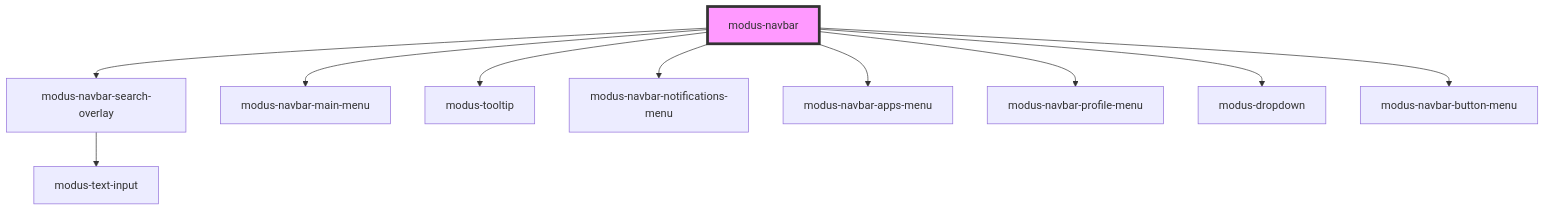
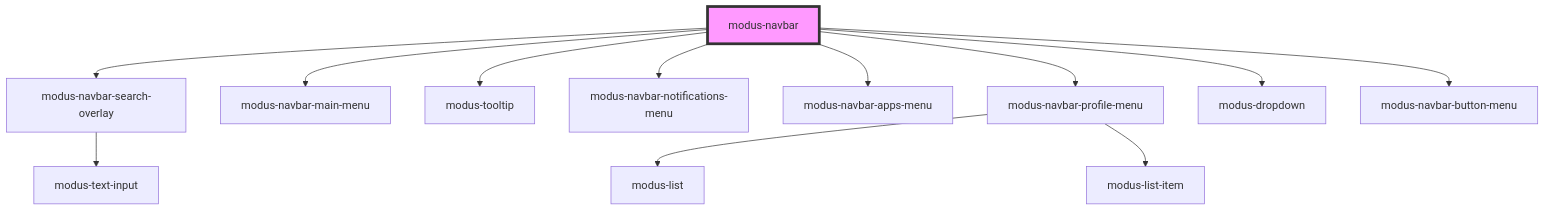
The diagram in stencil-workspace/src/components/modus-navbar/readme.md (trimble-oss/modus-web-components), drawn with Mermaid before and after one commit. The commit also changed 13 other files, not shown here.

Commit message:
use modus-list, add borderless, add icons to modus-lis

````diff
--- a/stencil-workspace/src/components/modus-navbar/readme.md
+++ b/stencil-workspace/src/components/modus-navbar/readme.md
@@ -83,13 +83,15 @@
 ```mermaid
 graph TD;
   modus-navbar --> modus-navbar-search-overlay
   modus-navbar --> modus-navbar-main-menu
   modus-navbar --> modus-tooltip
   modus-navbar --> modus-navbar-notifications-menu
   modus-navbar --> modus-navbar-apps-menu
   modus-navbar --> modus-navbar-profile-menu
   modus-navbar --> modus-dropdown
   modus-navbar --> modus-navbar-button-menu
   modus-navbar-search-overlay --> modus-text-input
+  modus-navbar-profile-menu --> modus-list
+  modus-navbar-profile-menu --> modus-list-item
   style modus-navbar fill:#f9f,stroke:#333,stroke-width:4px
 ```
````
